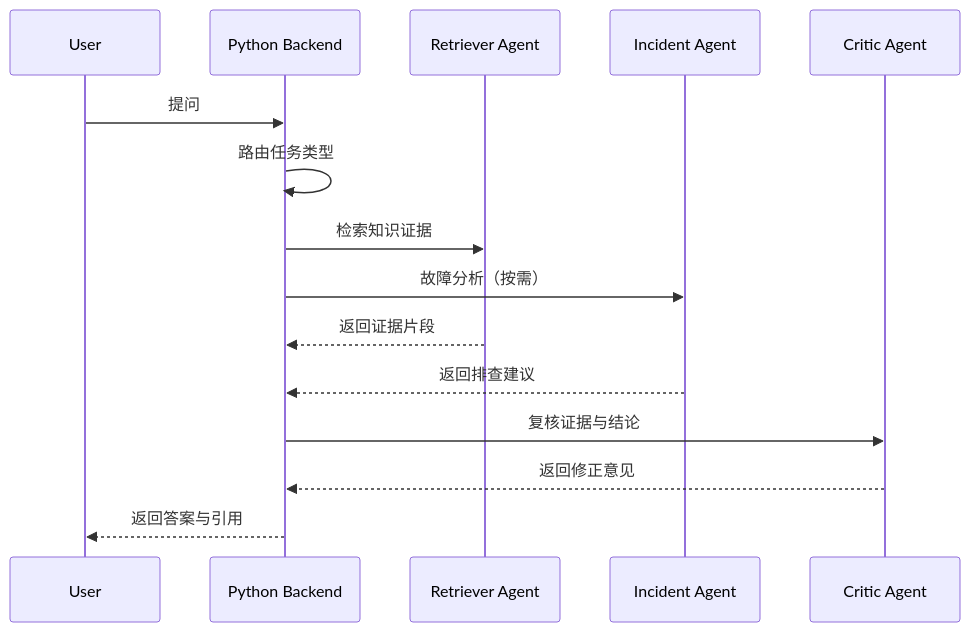
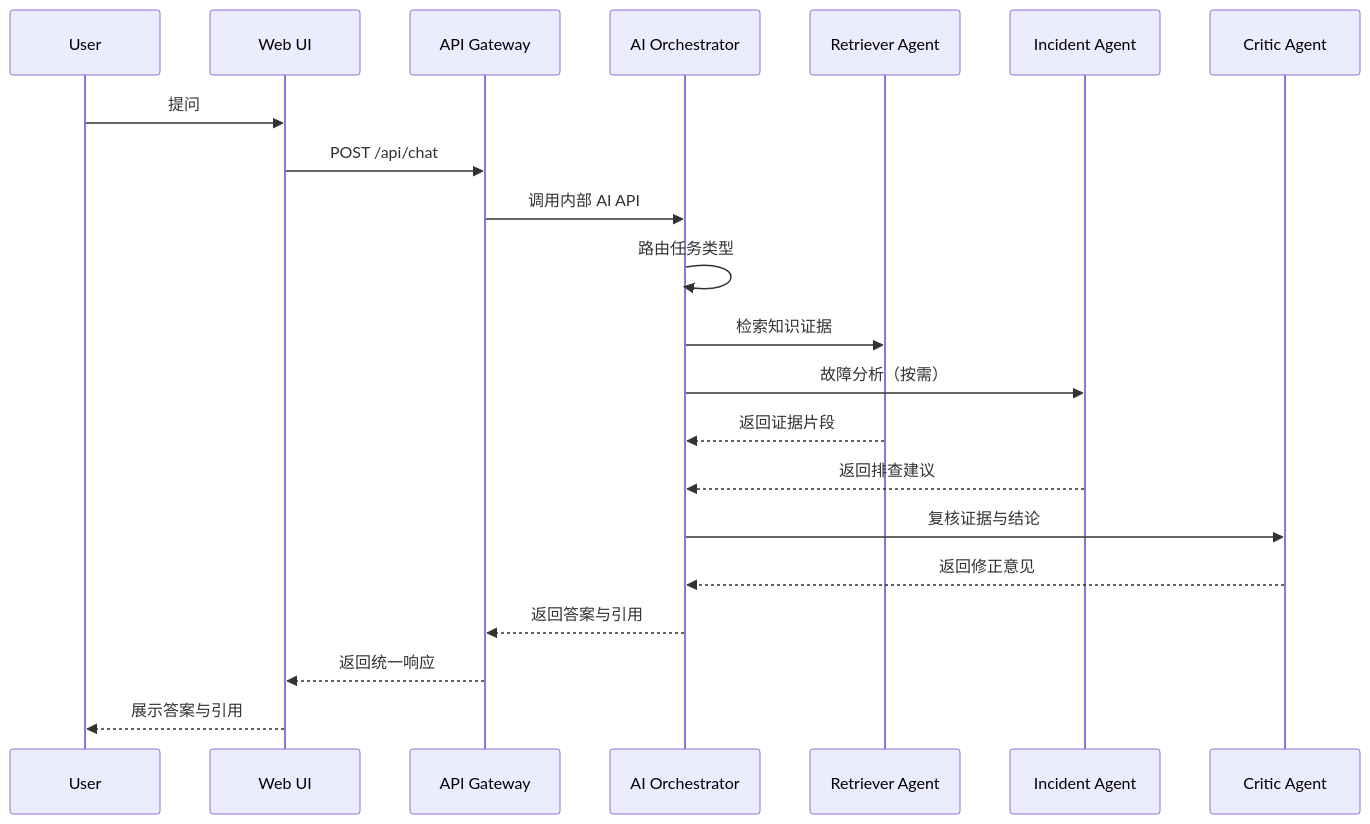
The third of 3 diagrams in design.md (wangchao-sh91/product-ai-assistant), drawn with Mermaid before and after one commit. The commit also changed other lines of this file and 2 other files, not shown here.

````diff
--- a/design.md
+++ b/design.md
@@ -153,18 +180,24 @@
 ```mermaid
 sequenceDiagram
     participant U as User
-    participant A as Python Backend
+    participant W as Web UI
+    participant G as API Gateway
+    participant A as AI Orchestrator
     participant R as Retriever Agent
     participant I as Incident Agent
     participant C as Critic Agent
 
-    U->>A: 提问
+    U->>W: 提问
+    W->>G: POST /api/chat
+    G->>A: 调用内部 AI API
     A->>A: 路由任务类型
     A->>R: 检索知识证据
     A->>I: 故障分析（按需）
     R-->>A: 返回证据片段
     I-->>A: 返回排查建议
     A->>C: 复核证据与结论
     C-->>A: 返回修正意见
-    A-->>U: 返回答案与引用
+    A-->>G: 返回答案与引用
+    G-->>W: 返回统一响应
+    W-->>U: 展示答案与引用
 ```
````
